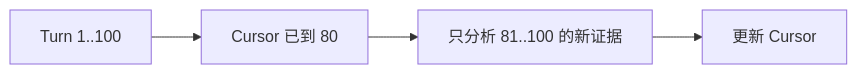
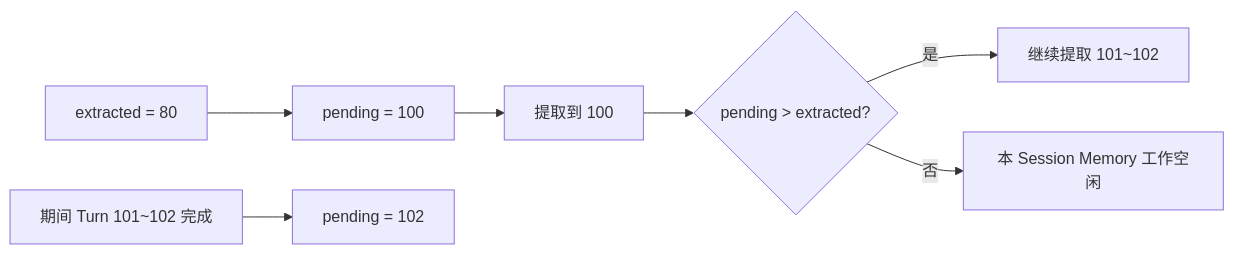
Before and after one commit to Arthur999459up/GitAgent: the third of 16 diagrams in docs/11-long-term-memory.md, drawn with Mermaid. The commit also changed other lines of this file and 3 other files, not shown here.

````diff
--- a/docs/11-long-term-memory.md
+++ b/docs/11-long-term-memory.md
@@ -79,6 +143,9 @@
 ```mermaid
 flowchart LR
-    H[Turn 1..100] --> C[Cursor 已到 80]
-    C --> N[只分析 81..100 的新证据]
-    N --> U[更新 Cursor]
+    A[extracted = 80] --> B[pending = 100]
+    B --> C[提取到 100]
+    D[期间 Turn 101~102 完成] --> E[pending = 102]
+    C --> F{pending > extracted?}
+    F -->|是| G[继续提取 101~102]
+    F -->|否| H[本 Session Memory 工作空闲]
 ```
````
